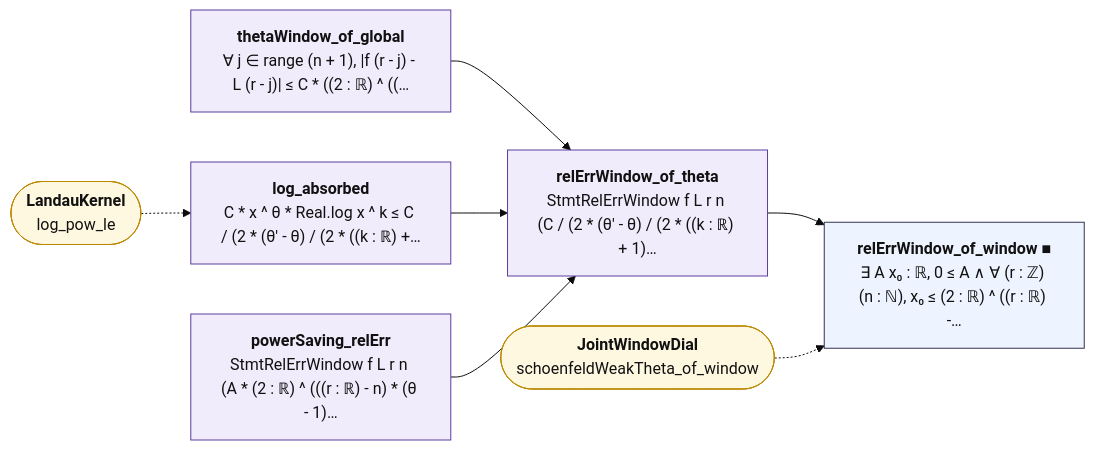
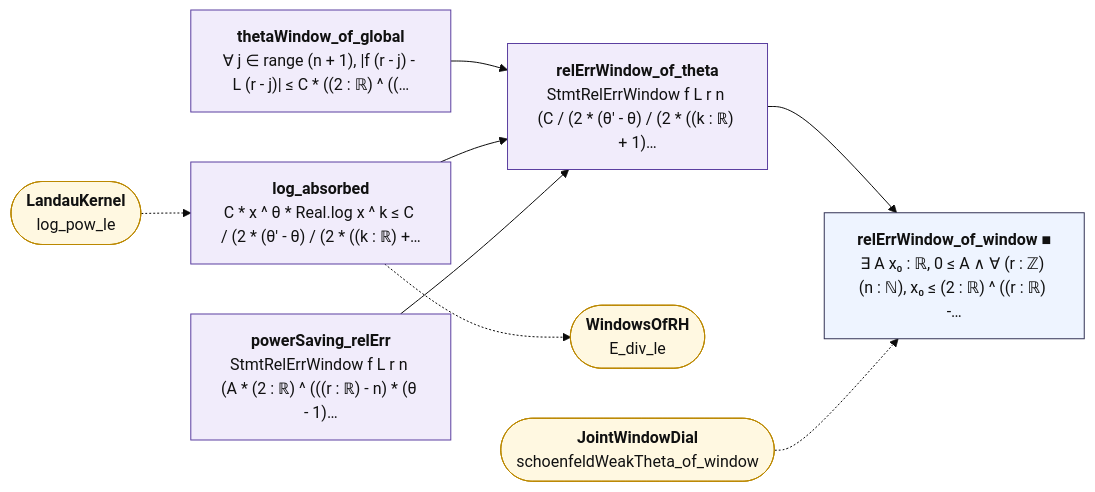
One commit to juliansambranojr/Primebeat_081426 changed the diagram in map/lean_stage3/JointDialGate.mmd. Above: the diagram before and after it, drawn with Mermaid (base theme). The commit also changed 30 other files, not shown here.

```diff
--- a/map/lean_stage3/JointDialGate.mmd
+++ b/map/lean_stage3/JointDialGate.mmd
@@ -1,22 +1,24 @@
 flowchart LR
   n0["<b>thetaWindow_of_global</b><br/>∀ j ∈ range (n + 1), |f (r - j) - L (r - j)| ≤ C * ((2 : ℝ) ^ ((…"]:::shp
   n1["<b>log_absorbed</b><br/>C * x ^ θ * Real.log x ^ k ≤ C / (2 * (θ' - θ) / (2 * ((k : ℝ) +…"]:::shp
   n2["<b>powerSaving_relErr</b><br/>StmtRelErrWindow f L r n (A * (2 : ℝ) ^ (((r : ℝ) - n) * (θ - 1)…"]:::shp
   n3["<b>relErrWindow_of_theta</b><br/>StmtRelErrWindow f L r n (C / (2 * (θ' - θ) / (2 * ((k : ℝ) + 1)…"]:::shp
   n4["<b>relErrWindow_of_window ■</b><br/>∃ A x₀ : ℝ, 0 ≤ A ∧ ∀ (r : ℤ) (n : ℕ), x₀ ≤ (2 : ℝ) ^ ((r : ℝ) -…"]:::thm
   x0(["<b>LandauKernel</b><br/>log_pow_le"]):::ext
-  x1(["<b>JointWindowDial</b><br/>schoenfeldWeakTheta_of_window"]):::ext
+  x1(["<b>WindowsOfRH</b><br/>E_div_le"]):::ext
+  x2(["<b>JointWindowDial</b><br/>schoenfeldWeakTheta_of_window"]):::ext
   n0 --> n3
   n1 --> n3
   n2 --> n3
   n3 --> n4
+  n1 -.-> x1
   x0 -.-> n1
-  x1 -.-> n4
+  x2 -.-> n4
   classDef cnt fill:#dff5ec,stroke:#17694a,color:#111
   classDef shp fill:#f1ecfb,stroke:#5b3fa0,color:#111
   classDef rh fill:#ffe5e5,stroke:#c22,color:#111,stroke-width:2px
   classDef thm fill:#eef4ff,stroke:#335,color:#111
   classDef end_ fill:#e7f7e7,stroke:#2a7,color:#111,stroke-width:2px
   classDef lone fill:#fff,stroke:#999,color:#111,stroke-dasharray:4 3
   classDef bad fill:#ffe5e5,stroke:#c22,color:#111,stroke-width:2px
   classDef ext fill:#fff8e1,stroke:#b80,color:#111
```
